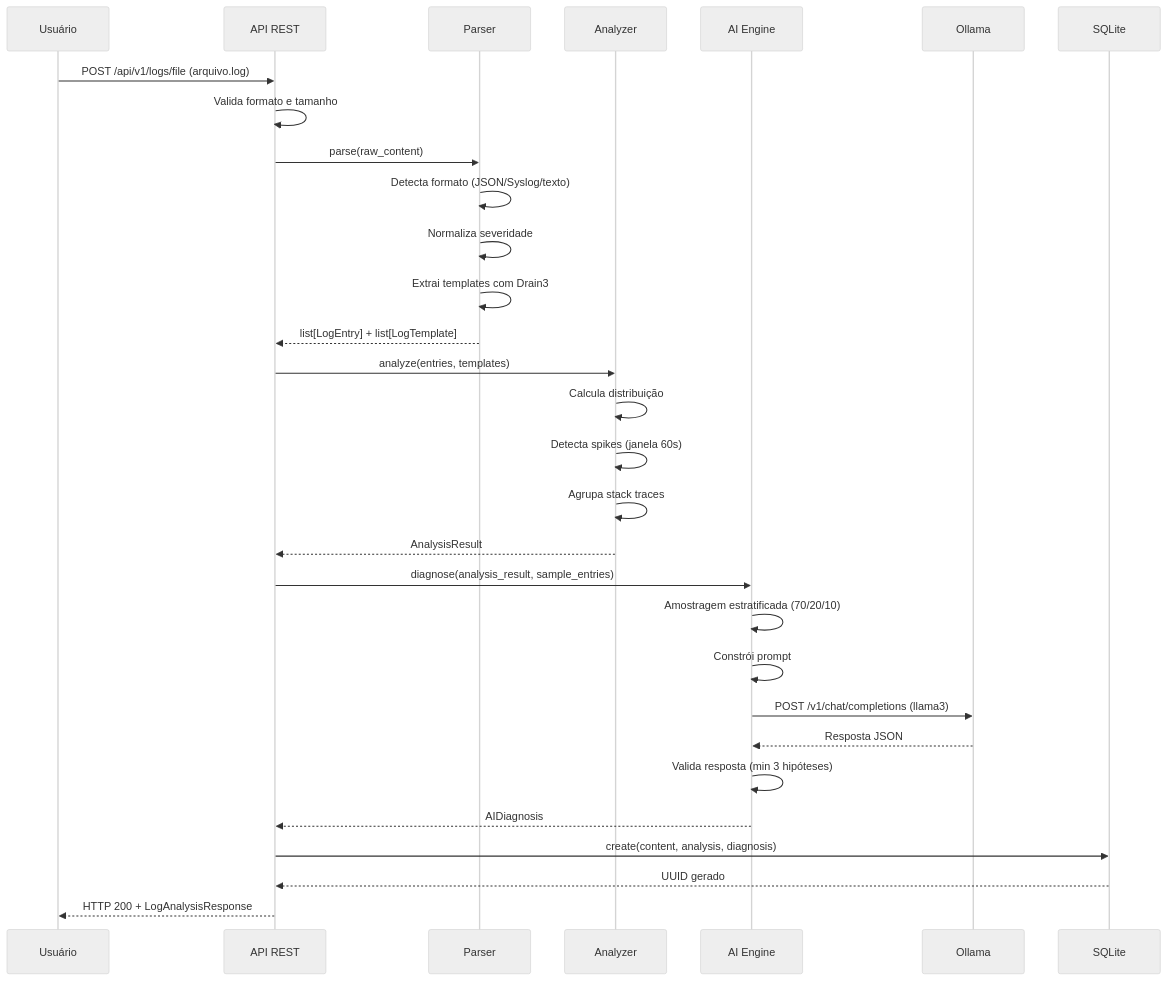
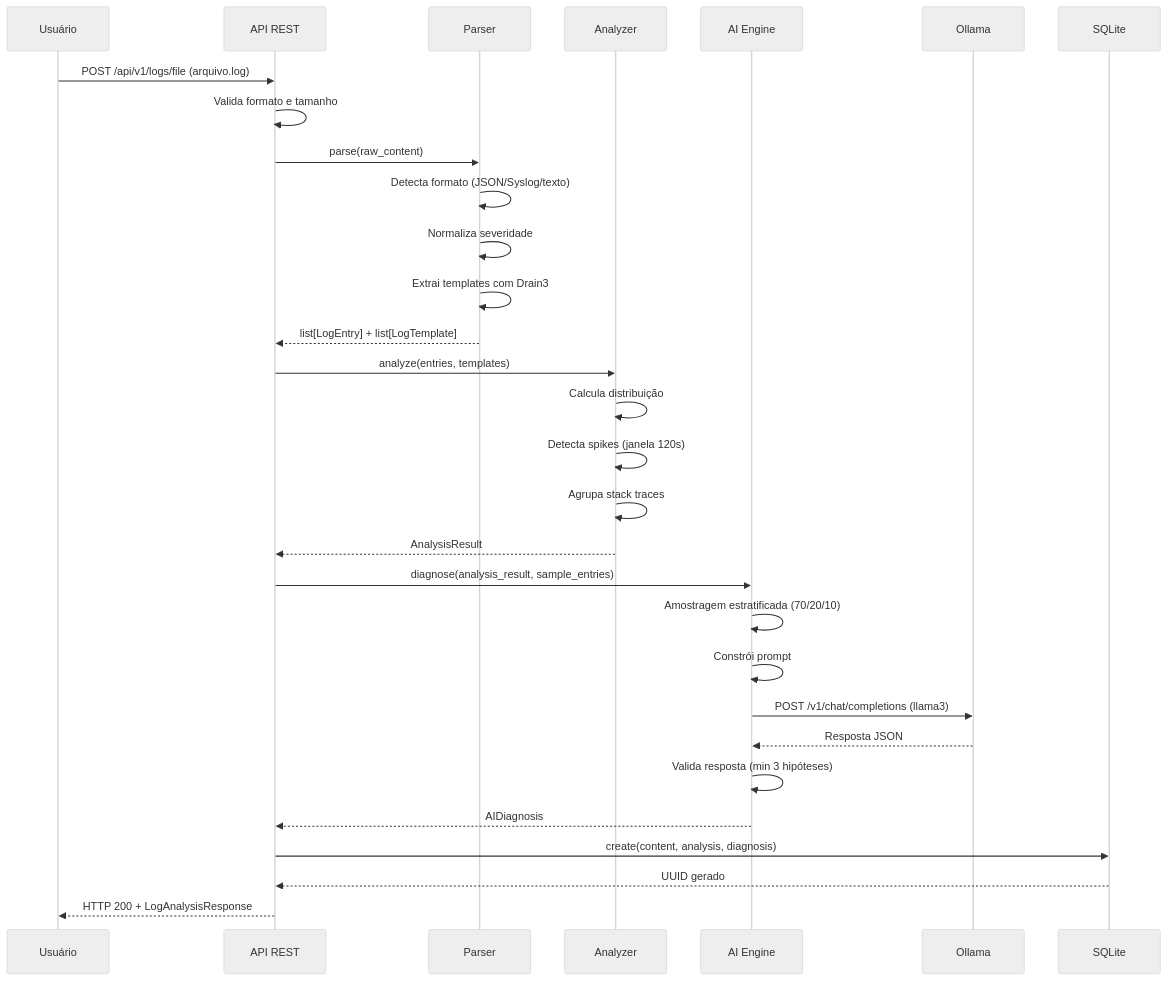
Before and after one commit to IA-para-DEVs-SCTEC-T2/mini-projeto-logpulseai: the ninth of 10 diagrams in docs/C4_DIAGRAM.md, drawn with Mermaid (neutral theme). The commit also changed 15 other files, not shown here.

````diff
--- a/docs/C4_DIAGRAM.md
+++ b/docs/C4_DIAGRAM.md
@@ -342,36 +342,36 @@
 ```mermaid
 sequenceDiagram
     participant U as Usuário
     participant API as API REST
     participant P as Parser
     participant A as Analyzer
     participant AI as AI Engine
     participant O as Ollama
     participant DB as SQLite
 
     U->>API: POST /api/v1/logs/file (arquivo.log)
     API->>API: Valida formato e tamanho
     API->>P: parse(raw_content)
     P->>P: Detecta formato (JSON/Syslog/texto)
     P->>P: Normaliza severidade
     P->>P: Extrai templates com Drain3
     P-->>API: list[LogEntry] + list[LogTemplate]
     
     API->>A: analyze(entries, templates)
     A->>A: Calcula distribuição
-    A->>A: Detecta spikes (janela 60s)
+    A->>A: Detecta spikes (janela 120s)
     A->>A: Agrupa stack traces
     A-->>API: AnalysisResult
     
     API->>AI: diagnose(analysis_result, sample_entries)
     AI->>AI: Amostragem estratificada (70/20/10)
     AI->>AI: Constrói prompt
     AI->>O: POST /v1/chat/completions (llama3)
     O-->>AI: Resposta JSON
     AI->>AI: Valida resposta (min 3 hipóteses)
     AI-->>API: AIDiagnosis
     
     API->>DB: create(content, analysis, diagnosis)
     DB-->>API: UUID gerado
     API-->>U: HTTP 200 + LogAnalysisResponse
 ```
````
